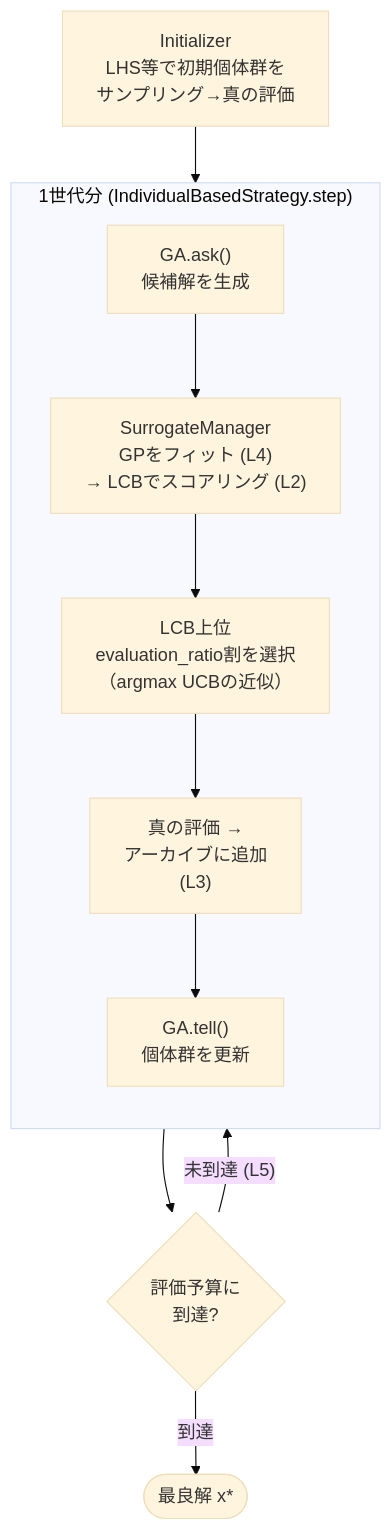
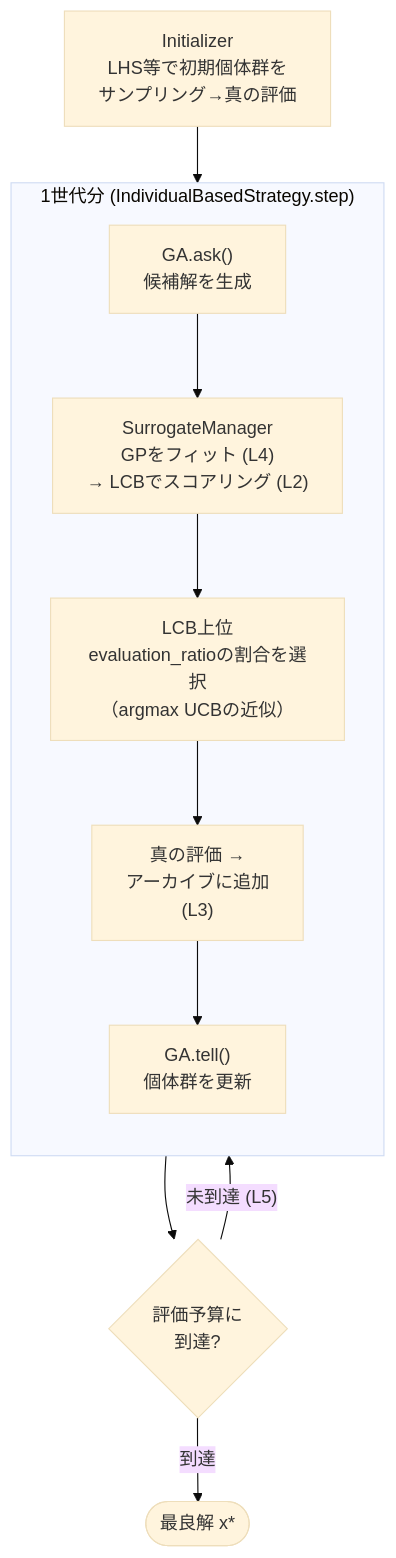
The diagram in docs/algorithms/gp_ucb.md (shlka/saealib), drawn with Mermaid (base theme) before and after one commit. The commit also changed 9 other files, not shown here.

````diff
--- a/docs/algorithms/gp_ucb.md
+++ b/docs/algorithms/gp_ucb.md
@@ -89,14 +89,14 @@
 ```{mermaid}
 flowchart TD
     INIT["Initializer<br/>LHS等で初期個体群を<br/>サンプリング→真の評価"] --> ASK
     subgraph GEN["1世代分 (IndividualBasedStrategy.step)"]
         direction TB
         ASK["GA.ask()<br/>候補解を生成"] --> SCORE["SurrogateManager<br/>GPをフィット (L4)<br/>→ LCBでスコアリング (L2)"]
-        SCORE --> SORT["LCB上位<br/>evaluation_ratio割を選択<br/>（argmax UCBの近似）"]
+        SCORE --> SORT["LCB上位<br/>evaluation_ratioの割合を選択<br/>（argmax UCBの近似）"]
         SORT --> EVAL["真の評価 →<br/>アーカイブに追加<br/>(L3)"]
         EVAL --> TELL["GA.tell()<br/>個体群を更新"]
     end
     GEN --> TERM{"評価予算に<br/>到達?"}
     TERM -- "未到達 (L5)" --> ASK
     TERM -- "到達" --> RESULT(["最良解 x*"])
 ```
````
